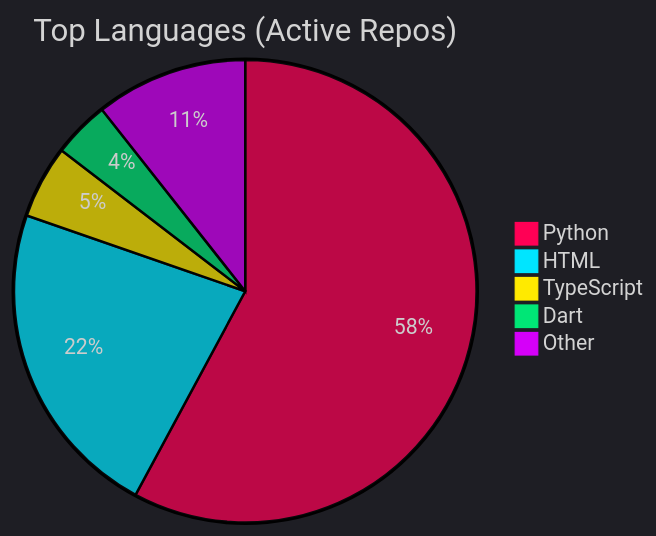
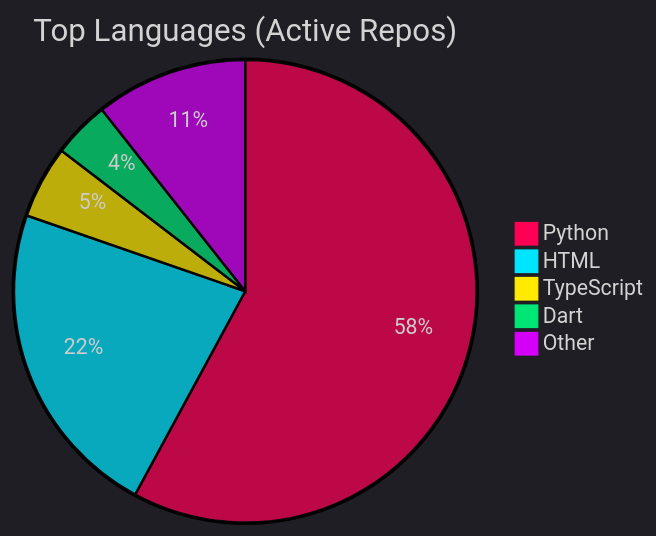
The diagram in README.md (Nzettodess/Nzettodess), drawn with Mermaid before and after one commit. The commit also changed other lines of this file, not shown here.

Commit message:
Update recent activity [skip ci]

````diff
--- a/README.md
+++ b/README.md
@@ -35,9 +35,9 @@
 ```mermaid
 %%{init: {'theme': 'dark', 'themeVariables': { 'pie1': '#FF0055', 'pie2': '#00E5FF', 'pie3': '#FFEA00', 'pie4': '#00E676', 'pie5': '#D500F9' }}}%%
 pie title Top Languages (Active Repos)
-    "Python" : 57.86
-    "HTML" : 22.44
-    "TypeScript" : 5.10
+    "Python" : 57.90
+    "HTML" : 22.41
+    "TypeScript" : 5.09
     "Dart" : 3.96
-    "Other" : 10.63
+    "Other" : 10.64
 ```
````
